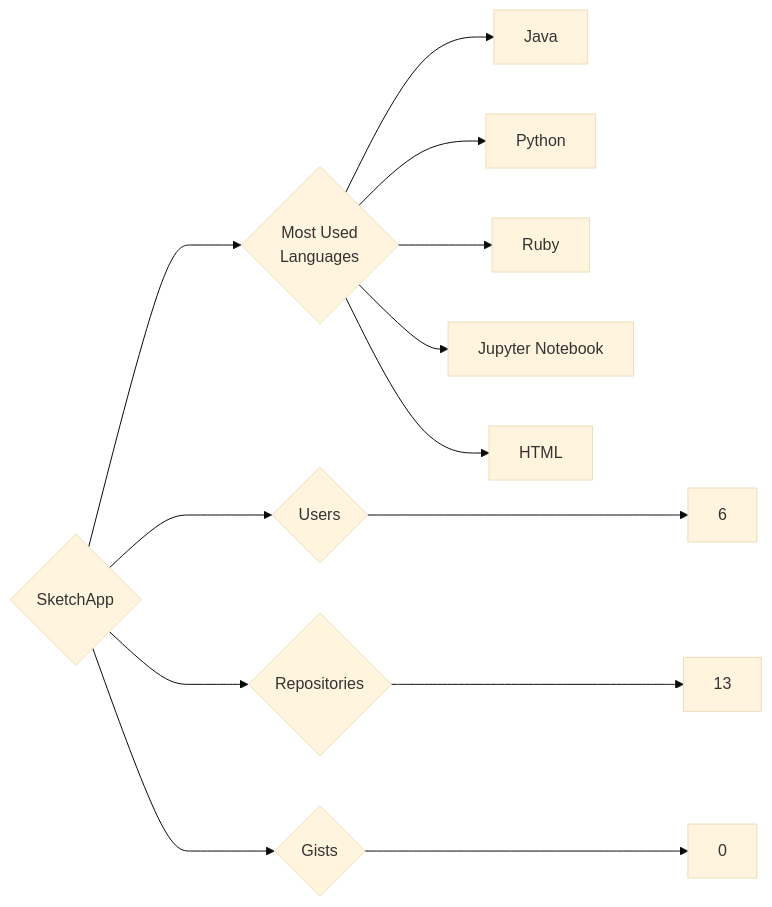
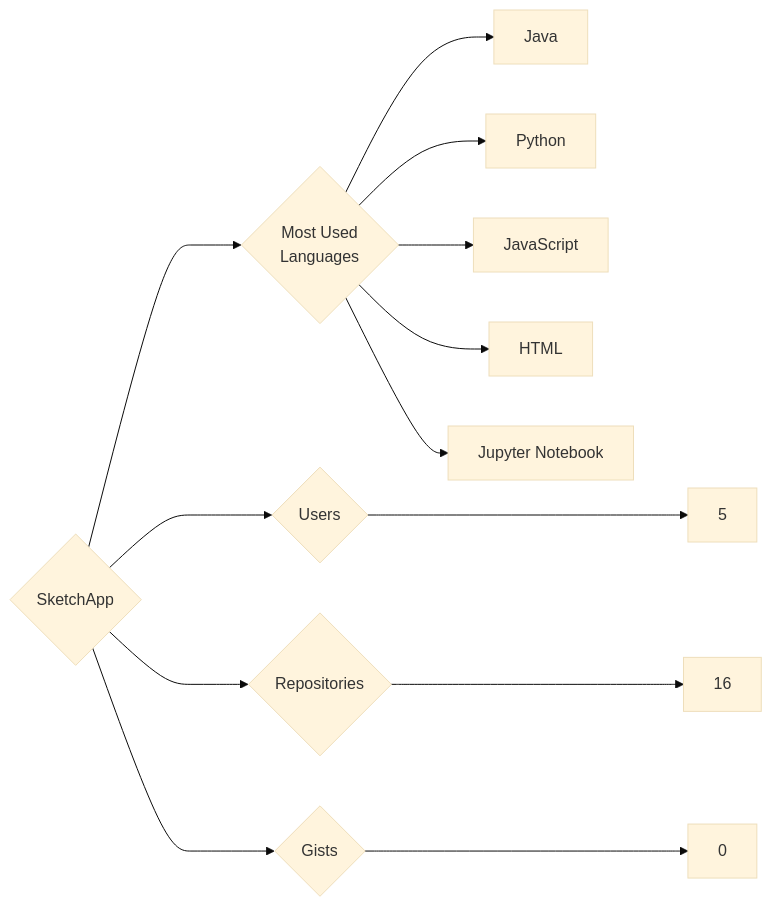
The diagram in targets/SketchApp/README.md (trickest/insiders), drawn with Mermaid (base theme) before and after one commit. The commit also changed 1496 other files, not shown here.

````diff
--- a/targets/SketchApp/README.md
+++ b/targets/SketchApp/README.md
@@ -3,13 +3,13 @@
 ```mermaid
 graph LR
 COMPANY_NAME{SketchApp}
-COMPANY_NAME ---> U{Users} ---> UN[6]
-COMPANY_NAME ---> R{Repositories} ---> RN[13]
+COMPANY_NAME ---> U{Users} ---> UN[5]
+COMPANY_NAME ---> R{Repositories} ---> RN[16]
 COMPANY_NAME ---> G{Gists} ---> GN[0]
 COMPANY_NAME ---> ML{Most Used<br>Languages}
 ML --> Java[Java]
 ML --> Python[Python]
-ML --> Ruby[Ruby]
+ML --> JavaScript[JavaScript]
+ML --> HTML[HTML]
 ML --> Jupyter_Notebook[Jupyter Notebook]
-ML --> HTML[HTML]
 ```
````
